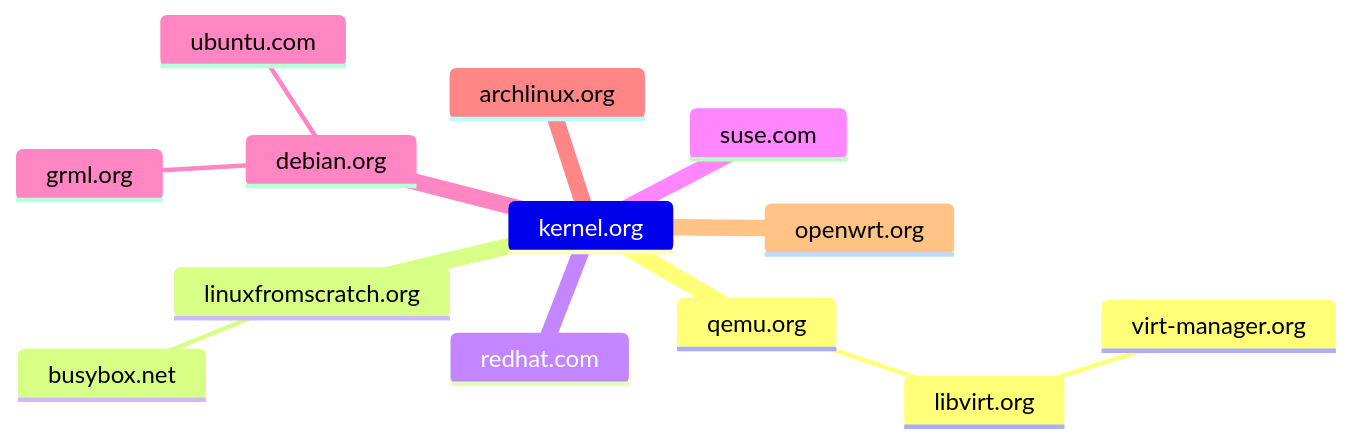
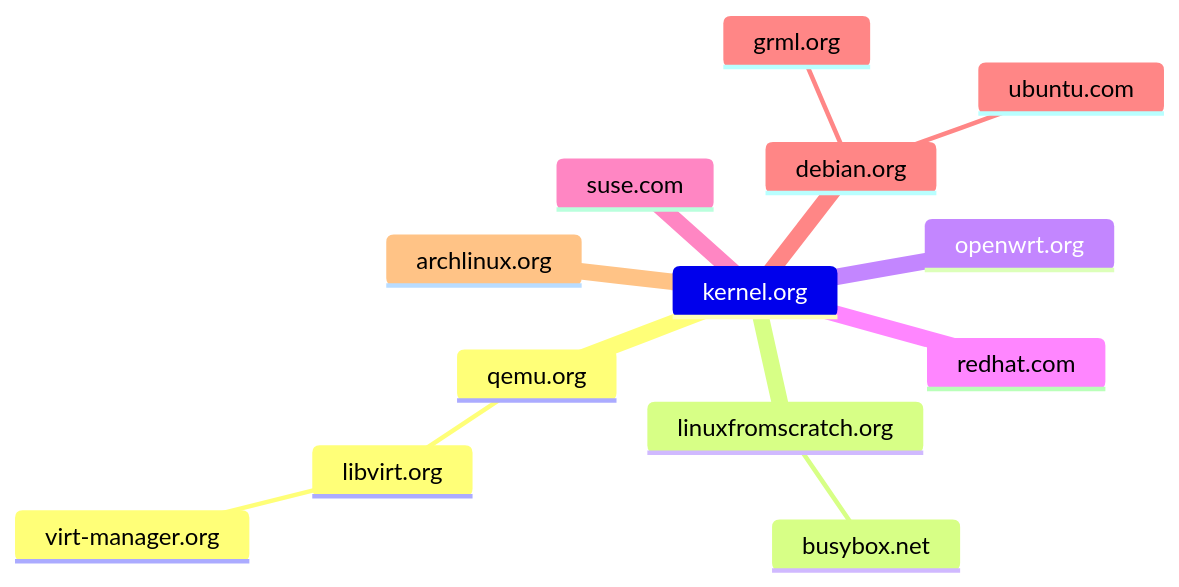
One commit to rogernul/temptest changed the diagram in l.md. Above: the diagram before and after it, drawn with Mermaid. The commit also changed other lines of this file, not shown here.

````diff
--- a/l.md
+++ b/l.md
@@ -1,16 +1,16 @@
 ```mermaid
 mindmap
 kernel.org
     qemu.org
       libvirt.org
         virt-manager.org
     linuxfromscratch.org
       busybox.net
+    openwrt.org
     redhat.com
     suse.com
     debian.org
       grml.org
       ubuntu.com
     archlinux.org
-    openwrt.org
 ```
````
